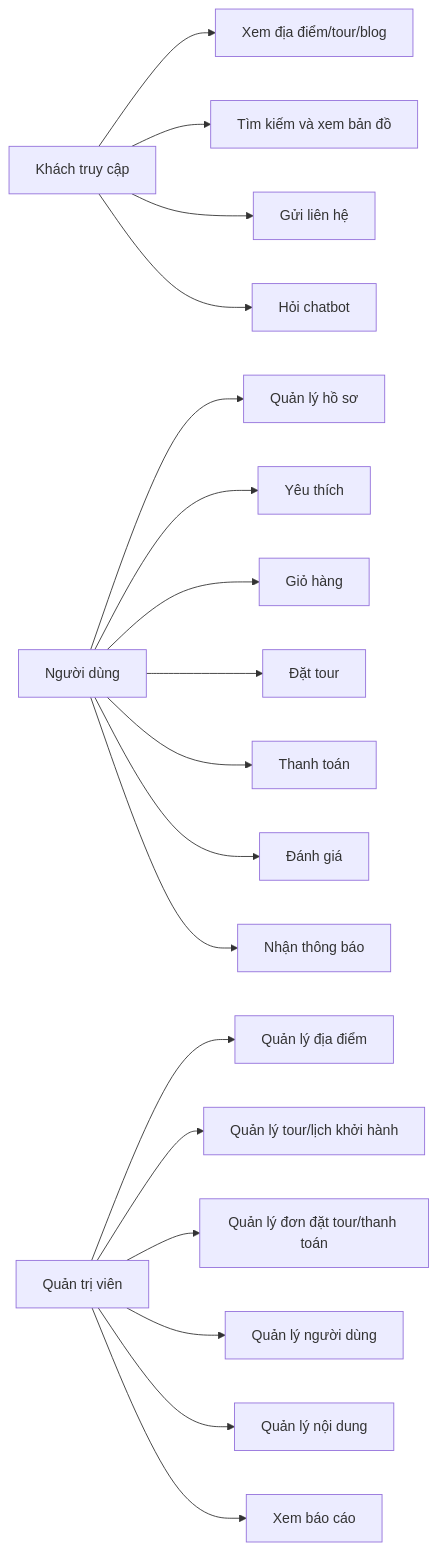
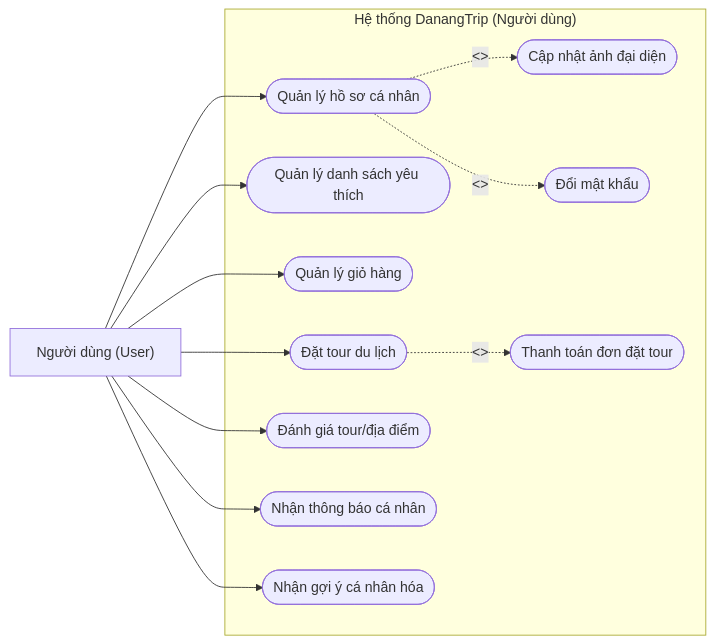
One commit to TayDuyNguyen/DATN_Document changed the second of 9 diagrams in bao-cao-do-an-danangtrip-md/03_chuong_2_phan_tich_thiet_ke_he_thong.md. Above: the diagram before and after it, drawn with Mermaid. The commit also changed other lines of this file and 3 other files, not shown here.

````diff
--- a/bao-cao-do-an-danangtrip-md/03_chuong_2_phan_tich_thiet_ke_he_thong.md
+++ b/bao-cao-do-an-danangtrip-md/03_chuong_2_phan_tich_thiet_ke_he_thong.md
@@ -108,22 +118,27 @@
 ```mermaid
 flowchart LR
-    Guest["Khách truy cập"] --> UC1["Xem địa điểm/tour/blog"]
-    Guest --> UC2["Tìm kiếm và xem bản đồ"]
-    Guest --> UC3["Gửi liên hệ"]
-    Guest --> UC4["Hỏi chatbot"]
+    subgraph HeThongUser ["Hệ thống DanangTrip (Người dùng)"]
+        UC13(["Quản lý hồ sơ cá nhân"])
+        UC14(["Cập nhật ảnh đại diện"])
+        UC15(["Đổi mật khẩu"])
+        UC16(["Quản lý danh sách yêu thích"])
+        UC17(["Quản lý giỏ hàng"])
+        UC18(["Đặt tour du lịch"])
+        UC19(["Thanh toán đơn đặt tour"])
+        UC20(["Đánh giá tour/địa điểm"])
+        UC21(["Nhận thông báo cá nhân"])
+        UC22(["Nhận gợi ý cá nhân hóa"])
 
-    User["Người dùng"] --> UC5["Quản lý hồ sơ"]
-    User --> UC6["Yêu thích"]
-    User --> UC7["Giỏ hàng"]
-    User --> UC8["Đặt tour"]
-    User --> UC9["Thanh toán"]
-    User --> UC10["Đánh giá"]
-    User --> UC11["Nhận thông báo"]
+        UC13 -.->|"<<include>>"| UC14
+        UC13 -.->|"<<include>>"| UC15
+        UC18 -.->|"<<include>>"| UC19
+    end
 
-    Admin["Quản trị viên"] --> UC12["Quản lý địa điểm"]
-    Admin --> UC13["Quản lý tour/lịch khởi hành"]
-    Admin --> UC14["Quản lý đơn đặt tour/thanh toán"]
-    Admin --> UC15["Quản lý người dùng"]
-    Admin --> UC16["Quản lý nội dung"]
-    Admin --> UC17["Xem báo cáo"]
+    User["Người dùng (User)"] --> UC13
+    User --> UC16
+    User --> UC17
+    User --> UC18
+    User --> UC20
+    User --> UC21
+    User --> UC22
 ```
````
